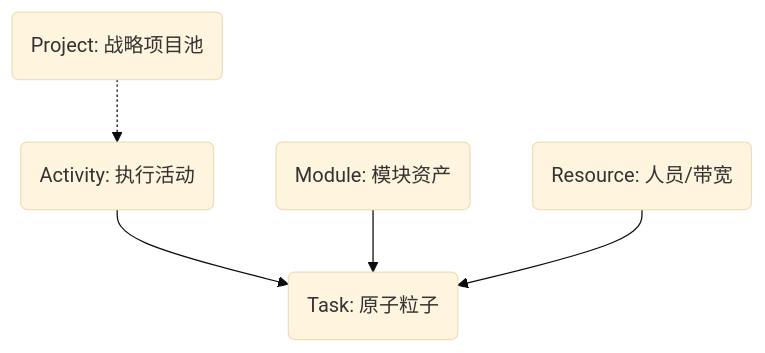
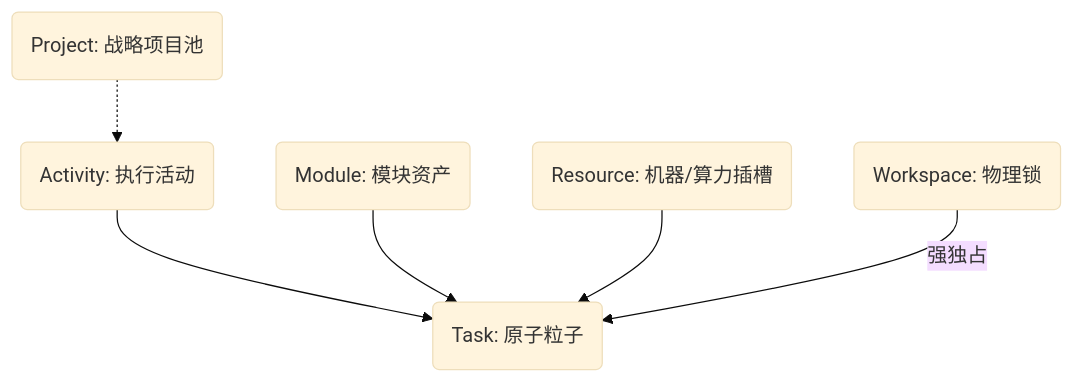
One commit to crossagent/smart_task changed the diagram in README.md. Above: the diagram before and after it, drawn with Mermaid (base theme). The commit also changed other lines of this file and 9 other files, not shown here.

````diff
--- a/README.md
+++ b/README.md
@@ -27,7 +28,8 @@
 ```mermaid
 graph TD
     Project(Project: 战略项目池) -.-> Activity(Activity: 执行活动)
     Activity --> Task(Task: 原子粒子)
     Module(Module: 模块资产) --> Task
-    Resource(Resource: 人员/带宽) --> Task
+    Resource(Resource: 机器/算力插槽) --> Task
+    Workspace(Workspace: 物理锁) -- 强独占 --> Task
 ```
````
